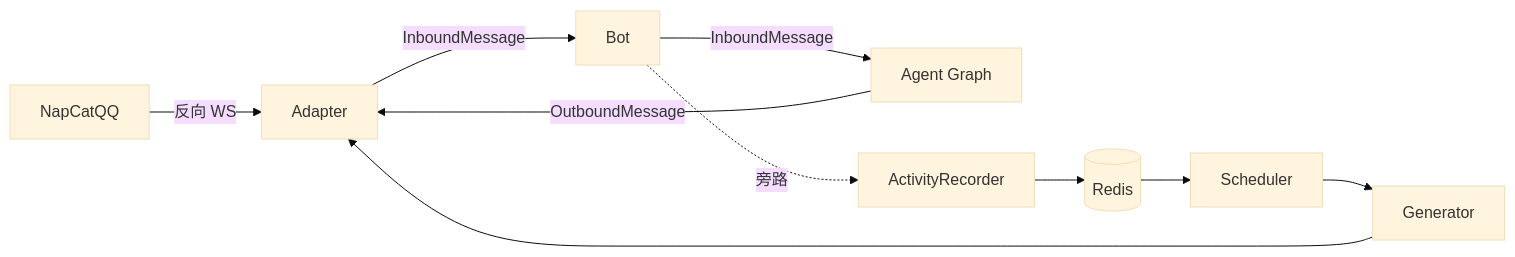
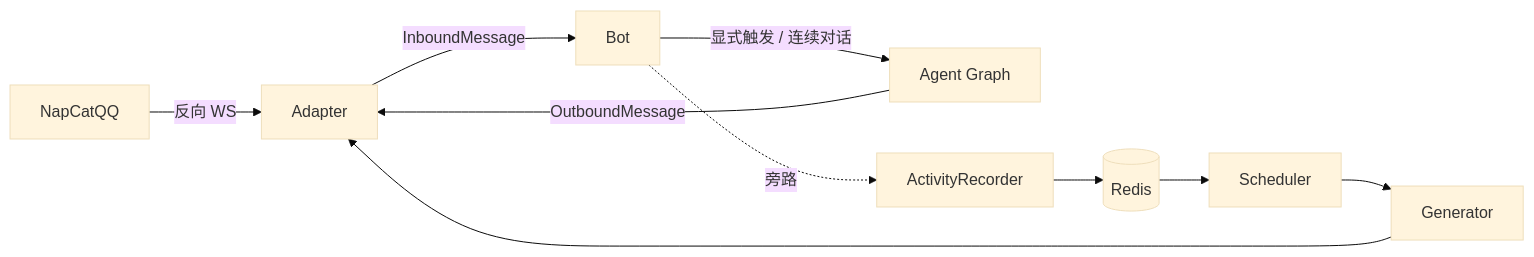
Before and after one commit to CoucouMonEcho/llm-bot: the first of 2 diagrams in README.md, drawn with Mermaid (base theme). The commit also changed other lines of this file and 21 other files, not shown here.

````diff
--- a/README.md
+++ b/README.md
@@ -18,11 +20,11 @@
 ```mermaid
 flowchart LR
     NapCat[NapCatQQ] -- "反向 WS" --> Adapter
     Adapter -->|InboundMessage| Bot
-    Bot -->|InboundMessage| Graph[Agent Graph]
+    Bot -->|显式触发 / 连续对话| Graph[Agent Graph]
     Bot -.->|旁路| Recorder[ActivityRecorder]
     Graph -->|OutboundMessage| Adapter
     Recorder --> Redis[(Redis)]
     Scheduler --> Generator --> Adapter
     Redis --> Scheduler
 ```
````
